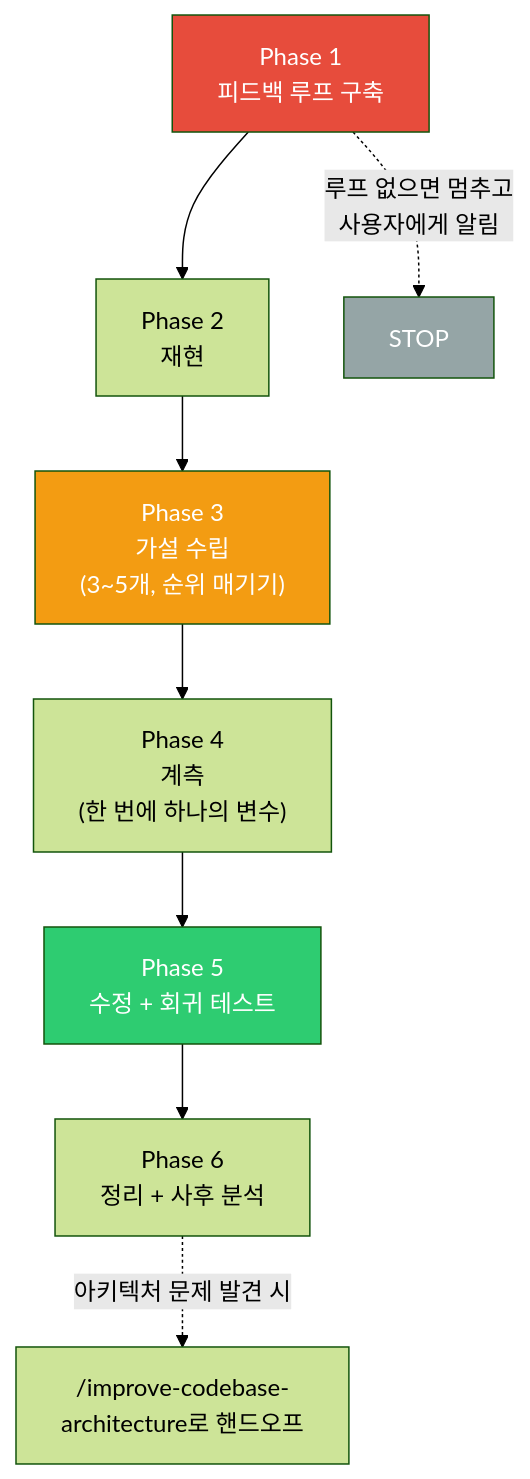
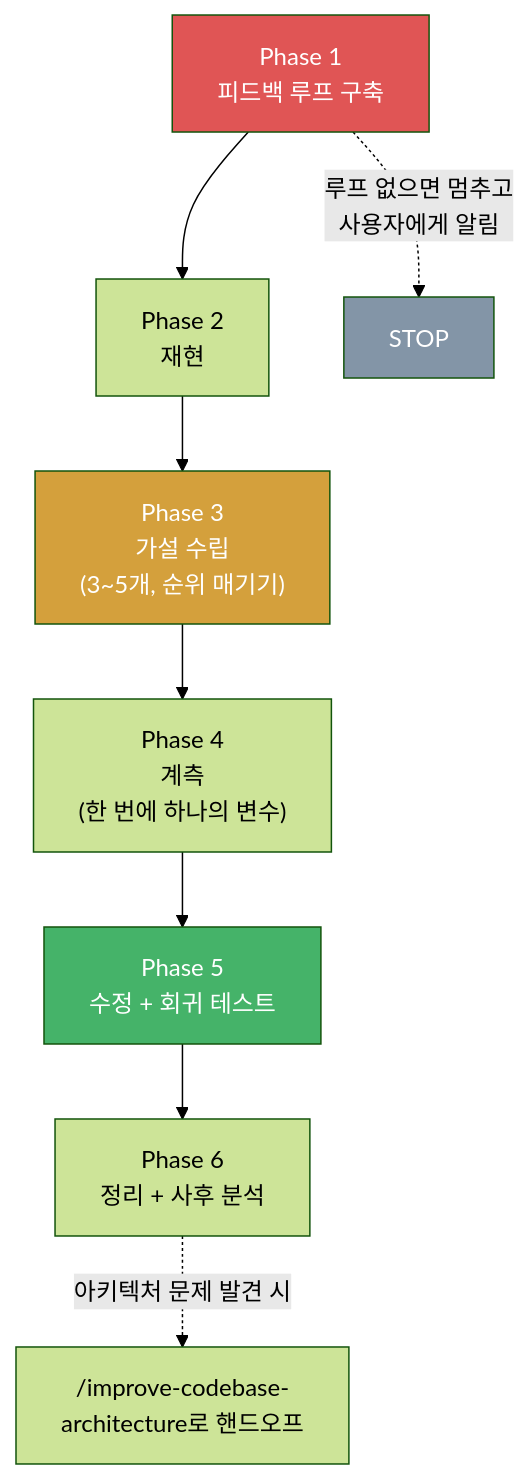
One commit to hannwi/hannwi.github.io changed the fifth of 6 diagrams in _posts/2026-05-18-matt-pocock-skills-analysis-1.md. Above: the diagram before and after it, drawn with Mermaid (forest theme). The commit also changed other lines of this file and 11 other files, not shown here.

Commit message:
feat: [NON-ISSUE] Add Mermaid support, Pretendard font, dark skin, and update post styles

````diff
--- a/_posts/2026-05-18-matt-pocock-skills-analysis-1.md
+++ b/_posts/2026-05-18-matt-pocock-skills-analysis-1.md
@@ -348,16 +348,16 @@
 ```mermaid
 graph TD
     P1["Phase 1<br/>피드백 루프 구축"] --> P2["Phase 2<br/>재현"]
     P2 --> P3["Phase 3<br/>가설 수립<br/>(3~5개, 순위 매기기)"]
     P3 --> P4["Phase 4<br/>계측<br/>(한 번에 하나의 변수)"]
     P4 --> P5["Phase 5<br/>수정 + 회귀 테스트"]
     P5 --> P6["Phase 6<br/>정리 + 사후 분석"]
 
     P1 -. "루프 없으면 멈추고<br/>사용자에게 알림" .-> STOP["STOP"]
     P6 -. "아키텍처 문제 발견 시" .-> ICA["/improve-codebase-<br/>architecture로 핸드오프"]
 
-    style P1 fill:#e74c3c,color:#fff
-    style P3 fill:#f39c12,color:#fff
-    style P5 fill:#2ecc71,color:#fff
-    style STOP fill:#95a5a6,color:#fff
+    style P1 fill:#e05555,color:#fff
+    style P3 fill:#d4a03c,color:#fff
+    style P5 fill:#45b369,color:#fff
+    style STOP fill:#8395a7,color:#fff
 ```
````
